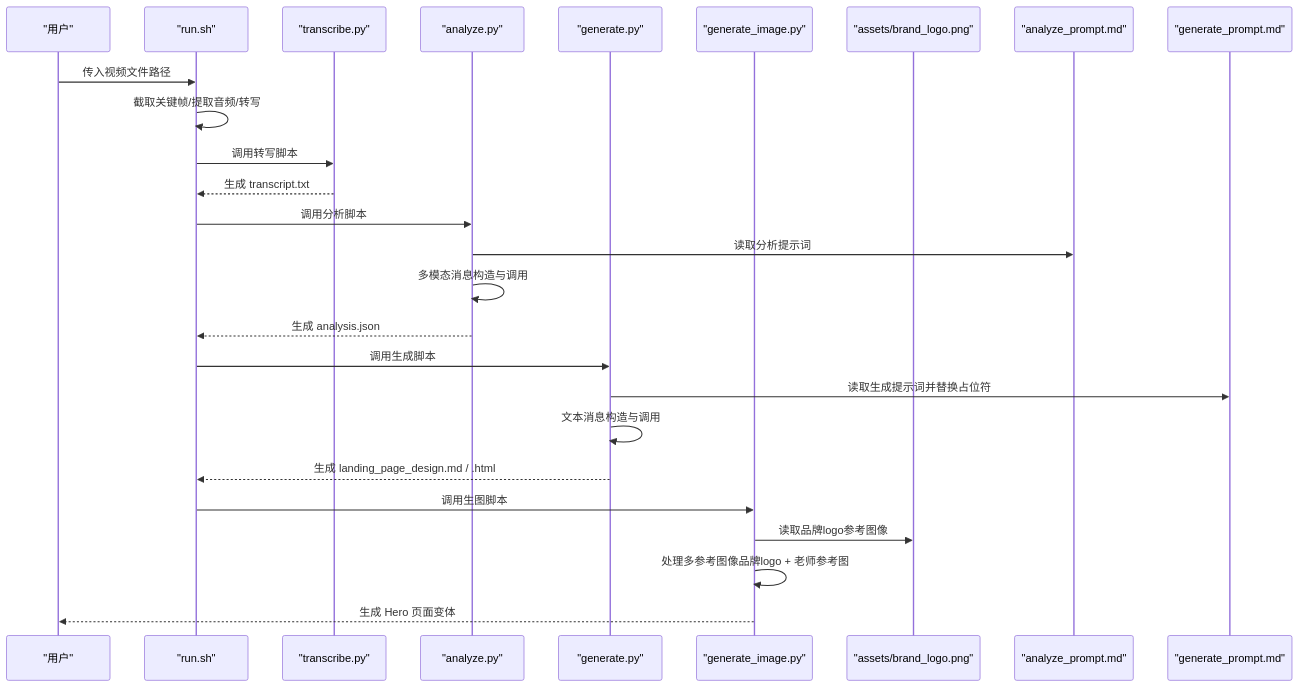
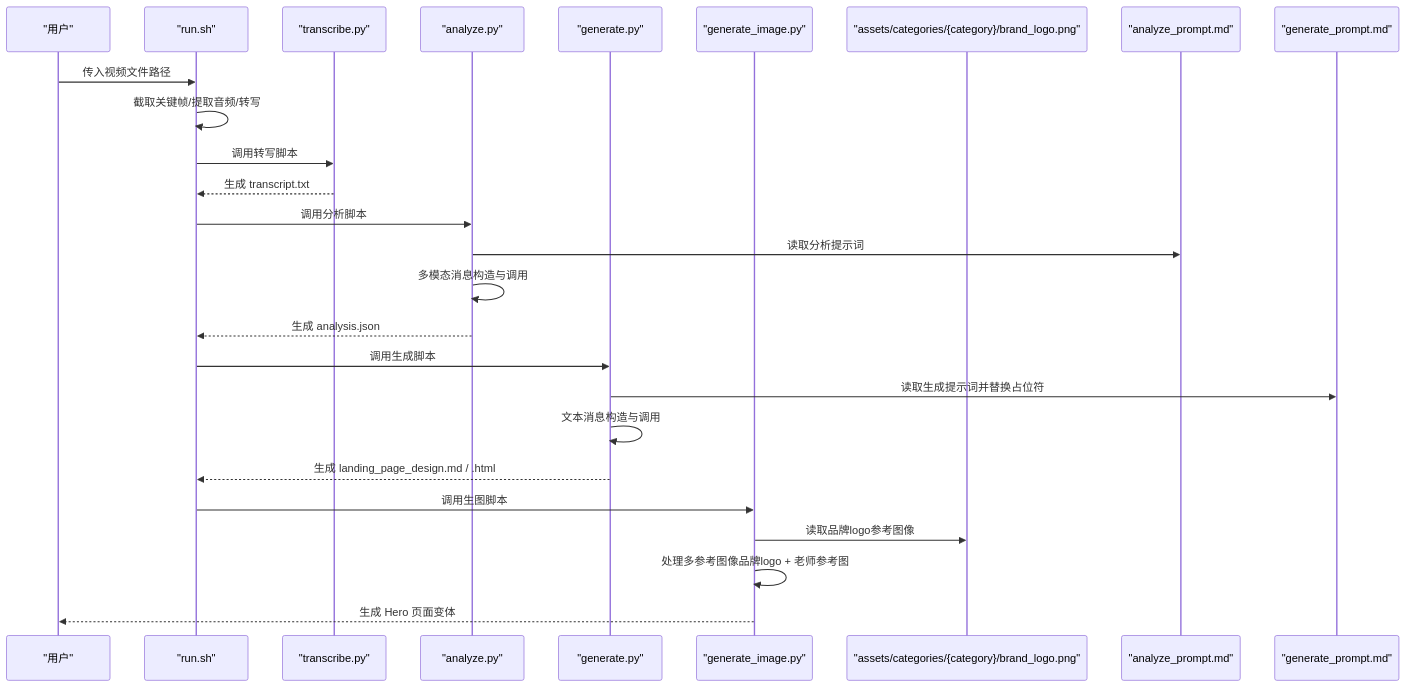
Before and after one commit to WongMingJiu/landingpage-test-hero-page: the second of 6 diagrams in .qoder/repowiki/zh/content/配置和定制/Prompt定制.md, drawn with Mermaid. The commit also changed other lines of this file and 53 other files, not shown here.

````diff
--- a/.qoder/repowiki/zh/content/配置和定制/Prompt定制.md
+++ b/.qoder/repowiki/zh/content/配置和定制/Prompt定制.md
@@ -152,28 +152,28 @@
 ```mermaid
 sequenceDiagram
 participant U as "用户"
 participant SH as "run.sh"
 participant TR as "transcribe.py"
 participant AN as "analyze.py"
 participant GE as "generate.py"
 participant GI as "generate_image.py"
-participant BR as "assets/brand_logo.png"
+participant BR as "assets/categories/{category}/brand_logo.png"
 participant P1 as "analyze_prompt.md"
 participant P2 as "generate_prompt.md"
 U->>SH : 传入视频文件路径
 SH->>SH : 截取关键帧/提取音频/转写
 SH->>TR : 调用转写脚本
 TR-->>SH : 生成 transcript.txt
 SH->>AN : 调用分析脚本
 AN->>P1 : 读取分析提示词
 AN->>AN : 多模态消息构造与调用
 AN-->>SH : 生成 analysis.json
 SH->>GE : 调用生成脚本
 GE->>P2 : 读取生成提示词并替换占位符
 GE->>GE : 文本消息构造与调用
 GE-->>SH : 生成 landing_page_design.md / .html
 SH->>GI : 调用生图脚本
 GI->>BR : 读取品牌logo参考图像
 GI->>GI : 处理多参考图像品牌logo + 老师参考图
 GI-->>U : 生成 Hero 页面变体
 ```
````
